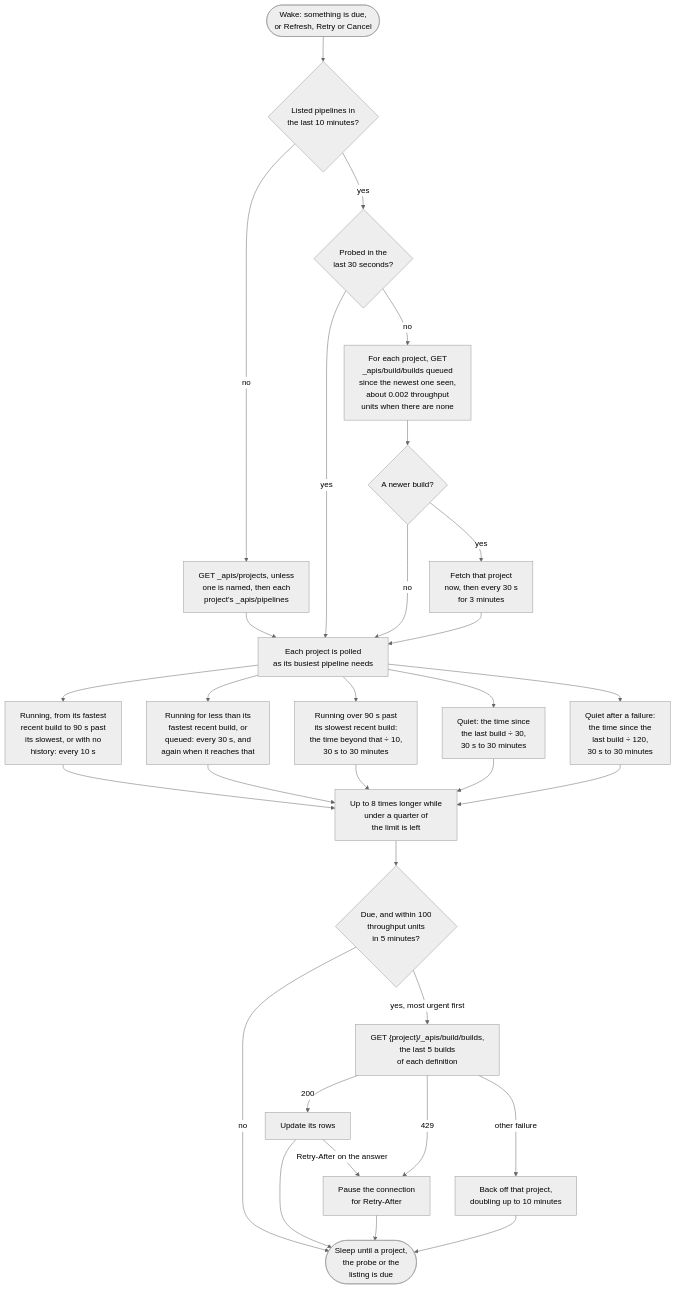
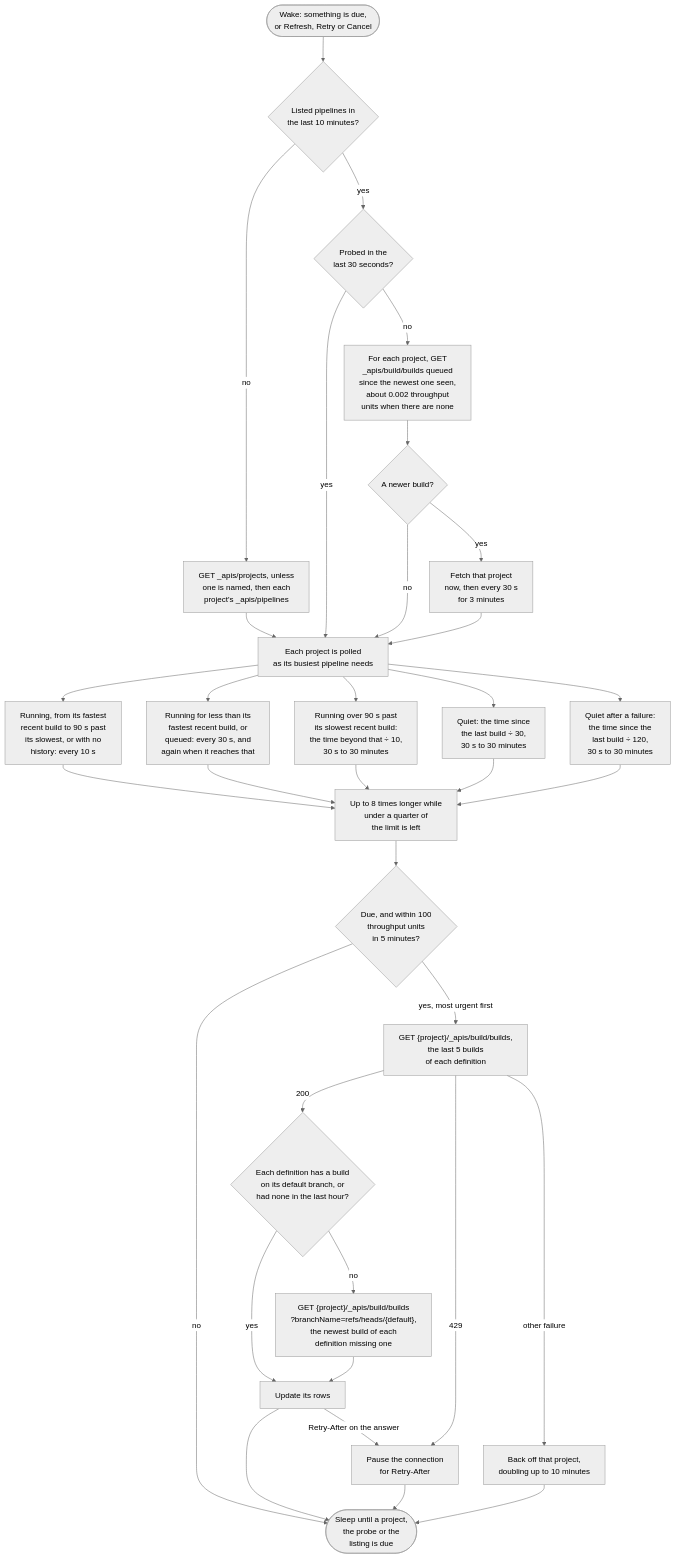
Before and after one commit to SimonCropp/BuildMonitor: the diagram in docs/mdsource/providers/azure-devops.source.md, drawn with Mermaid (neutral theme). The commit also changed other lines of this file and 4 other files, not shown here.

First line of the commit message:
Know an Azure DevOps definition's default branch and fetch its newest build

````diff
--- a/docs/mdsource/providers/azure-devops.source.md
+++ b/docs/mdsource/providers/azure-devops.source.md
@@ -62,38 +64,41 @@
 ```mermaid
 ---
 config:
   flowchart:
     wrappingWidth: 400
 ---
 flowchart TD
     wake(["Wake: something is due,<br/>or Refresh, Retry or Cancel"]) --> listed{"Listed pipelines in<br/>the last 10 minutes?"}
     listed -- "no" --> discover["GET _apis/projects, unless<br/>one is named, then each<br/>project's _apis/pipelines"]
     listed -- "yes" --> probed{"Probed in the<br/>last 30 seconds?"}
     probed -- "no" --> probe["For each project, GET<br/>_apis/build/builds queued<br/>since the newest one seen,<br/>about 0.002 throughput<br/>units when there are none"]
     probe --> moved{"A newer build?"}
     moved -- "yes" --> nudge["Fetch that project<br/>now, then every 30 s<br/>for 3 minutes"]
     discover --> interval["Each project is polled<br/>as its busiest pipeline needs"]
     probed -- "yes" --> interval
     moved -- "no" --> interval
     nudge --> interval
     interval --> finishing["Running, from its fastest<br/>recent build to 90 s past<br/>its slowest, or with no<br/>history: every 10 s"]
     interval --> running["Running for less than its<br/>fastest recent build, or<br/>queued: every 30 s, and<br/>again when it reaches that"]
     interval --> overrun["Running over 90 s past<br/>its slowest recent build:<br/>the time beyond that ÷ 10,<br/>30 s to 30 minutes"]
     interval --> quiet["Quiet: the time since<br/>the last build ÷ 30,<br/>30 s to 30 minutes"]
     interval --> failed["Quiet after a failure:<br/>the time since the<br/>last build ÷ 120,<br/>30 s to 30 minutes"]
     finishing --> stretch["Up to 8 times longer while<br/>under a quarter of<br/>the limit is left"]
     running --> stretch
     overrun --> stretch
     quiet --> stretch
     failed --> stretch
     stretch --> due{"Due, and within 100<br/>throughput units<br/>in 5 minutes?"}
     due -- "no" --> sleep(["Sleep until a project,<br/>the probe or the<br/>listing is due"])
     due -- "yes, most urgent first" --> fetch["GET {project}/_apis/build/builds,<br/>the last 5 builds<br/>of each definition"]
-    fetch -- "200" --> rows["Update its rows"]
+    fetch -- "200" --> held{"Each definition has a build<br/>on its default branch, or<br/>had none in the last hour?"}
+    held -- "yes" --> rows["Update its rows"]
+    held -- "no" --> branch["GET {project}/_apis/build/builds<br/>?branchName=refs/heads/{default},<br/>the newest build of each<br/>definition missing one"]
+    branch --> rows
     rows -- "Retry-After on the answer" --> pause["Pause the connection<br/>for Retry-After"]
     fetch -- "429" --> pause
     fetch -- "other failure" --> backoff["Back off that project,<br/>doubling up to 10 minutes"]
     rows --> sleep
     pause --> sleep
     backoff --> sleep
 ```
````
